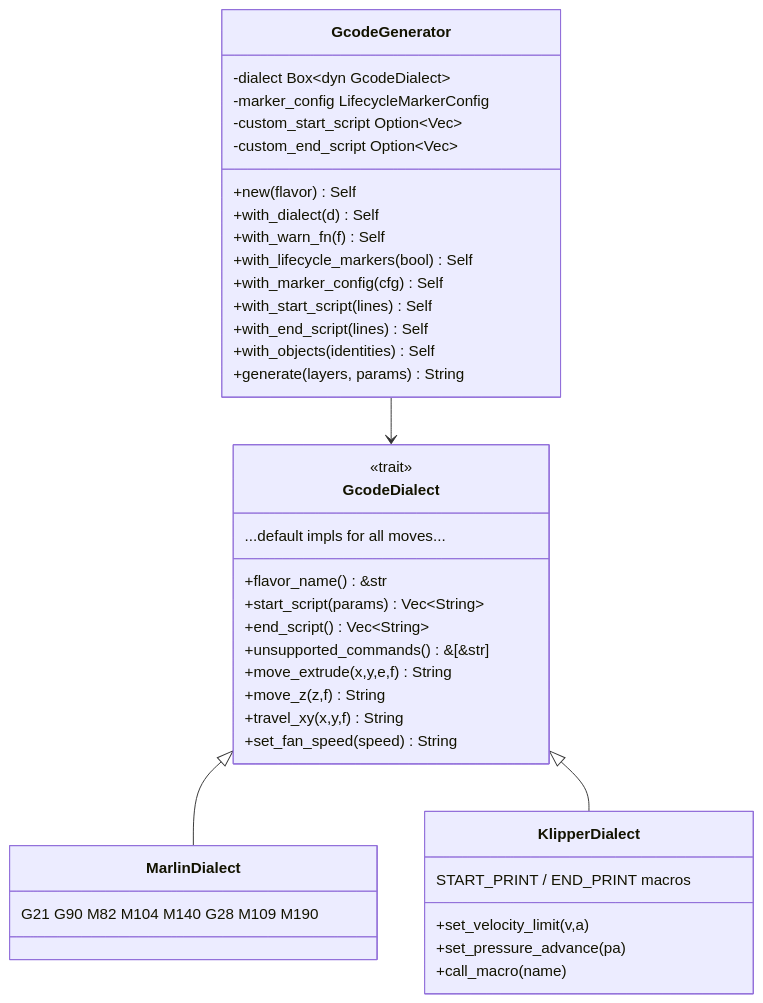
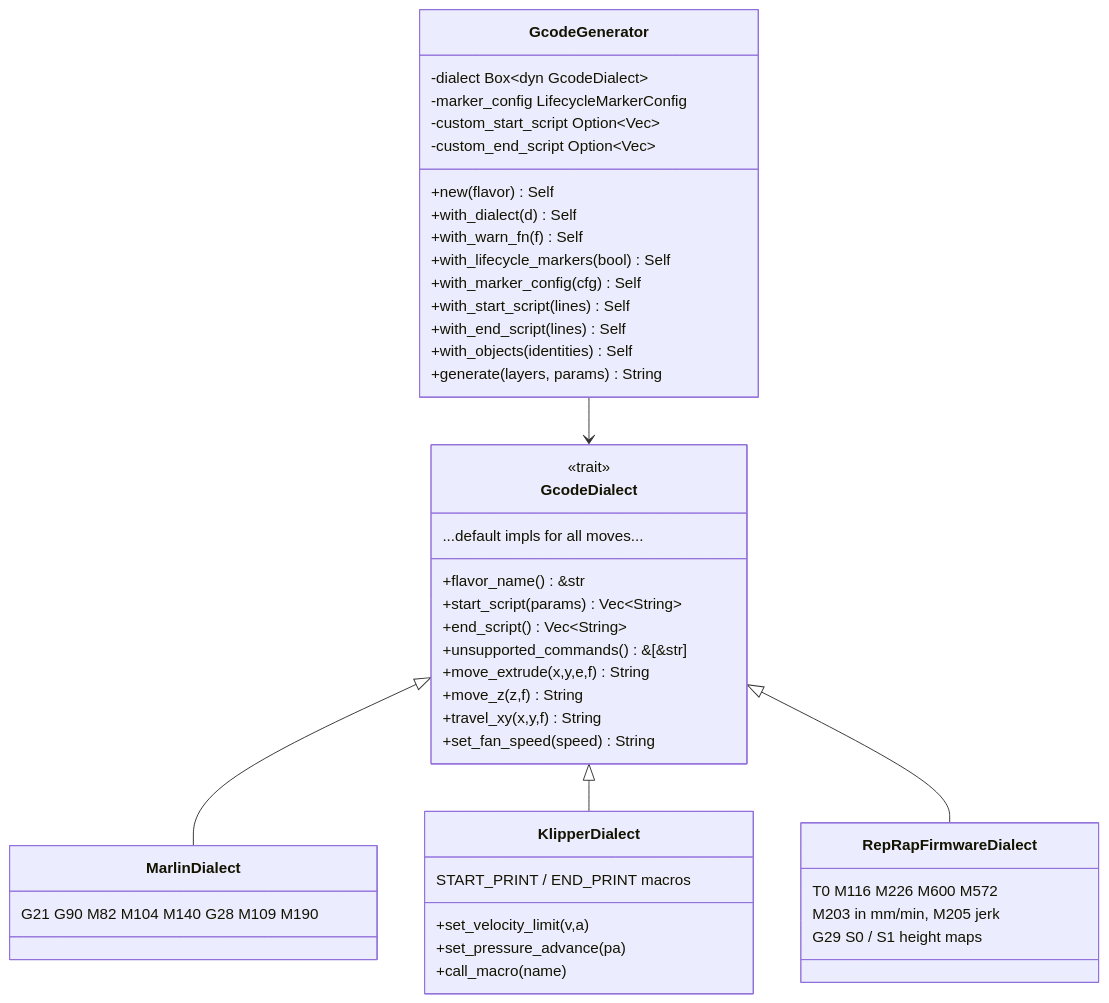
Before and after one commit to ColdCrabby/slicer: the second of 8 diagrams in src/gcode/README.md, drawn with Mermaid. The commit also changed other lines of this file and 23 other files, not shown here.

First line of the commit message:
feat(gcode): make RepRapFirmware a first-class dialect

````diff
--- a/src/gcode/README.md
+++ b/src/gcode/README.md
@@ -54,43 +55,49 @@
 ```mermaid
 classDiagram
     class GcodeDialect {
         <<trait>>
         +flavor_name() &str
         +start_script(params) Vec~String~
         +end_script() Vec~String~
         +unsupported_commands() &[&str]
         +move_extrude(x,y,e,f) String
         +move_z(z,f) String
         +travel_xy(x,y,f) String
         +set_fan_speed(speed) String
         ...default impls for all moves...
     }
     class MarlinDialect {
         G21 G90 M82 M104 M140 G28 M109 M190
     }
     class KlipperDialect {
         START_PRINT / END_PRINT macros
         +set_velocity_limit(v,a)
         +set_pressure_advance(pa)
         +call_macro(name)
     }
+    class RepRapFirmwareDialect {
+        T0 M116 M226 M600 M572
+        M203 in mm/min, M205 jerk
+        G29 S0 / S1 height maps
+    }
     GcodeDialect <|-- MarlinDialect
     GcodeDialect <|-- KlipperDialect
+    GcodeDialect <|-- RepRapFirmwareDialect
 
     class GcodeGenerator {
         -dialect Box~dyn GcodeDialect~
         -marker_config LifecycleMarkerConfig
         -custom_start_script Option~Vec~
         -custom_end_script Option~Vec~
         +new(flavor) Self
         +with_dialect(d) Self
         +with_warn_fn(f) Self
         +with_lifecycle_markers(bool) Self
         +with_marker_config(cfg) Self
         +with_start_script(lines) Self
         +with_end_script(lines) Self
         +with_objects(identities) Self
         +generate(layers, params) String
     }
     GcodeGenerator --> GcodeDialect
 ```
````
